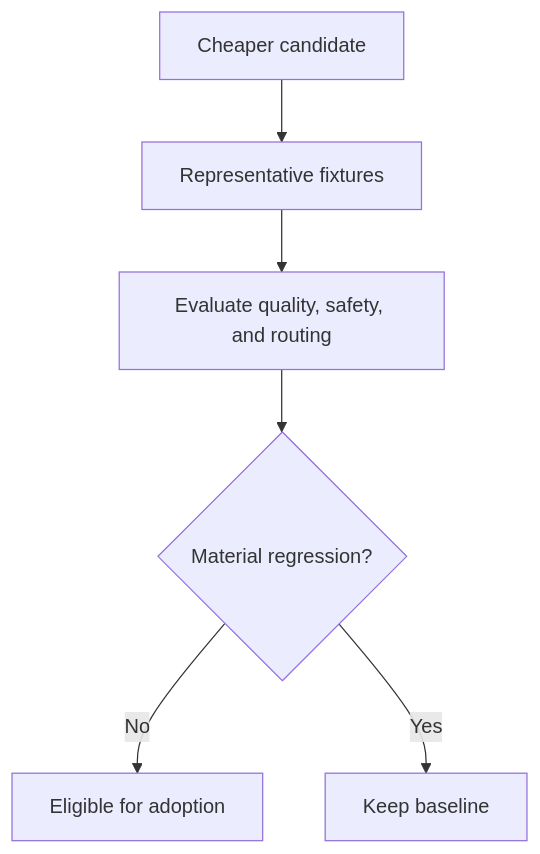
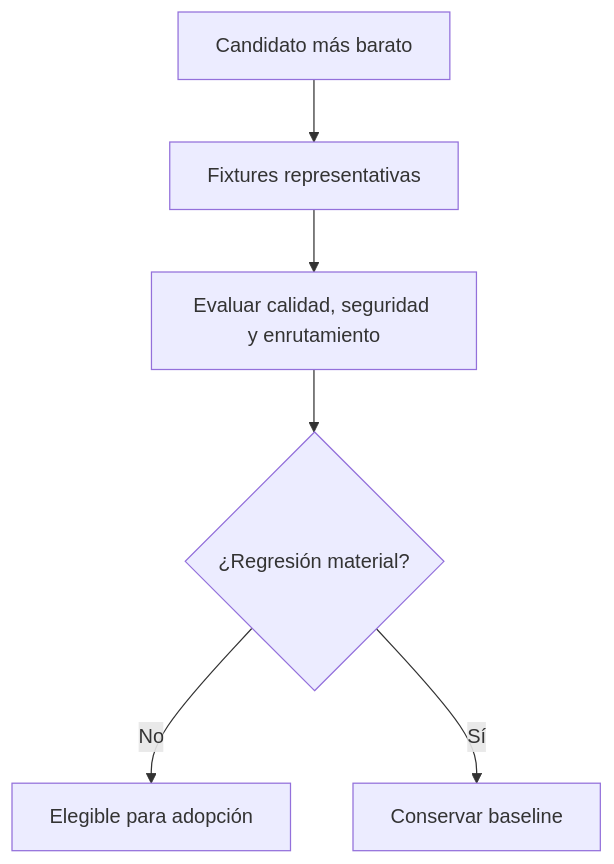
The diagram in docs/quality-redteam.md (der-kaffe/bio-harness), drawn with Mermaid before and after one commit. The commit also changed other lines of this file and 27 other files, not shown here.

````diff
--- a/docs/quality-redteam.md
+++ b/docs/quality-redteam.md
@@ -7,8 +7,8 @@
 ```mermaid
 flowchart TD
-    C[Cheaper candidate] --> F[Representative fixtures]
-    F --> E[Evaluate quality, safety, and routing]
-    E --> P{Material regression?}
-    P -->|No| A[Eligible for adoption]
-    P -->|Yes| K[Keep baseline]
+    C[Candidato más barato] --> F[Fixtures representativas]
+    F --> E[Evaluar calidad, seguridad y enrutamiento]
+    E --> P{¿Regresión material?}
+    P -->|No| A[Elegible para adopción]
+    P -->|Sí| K[Conservar baseline]
 ```
````
